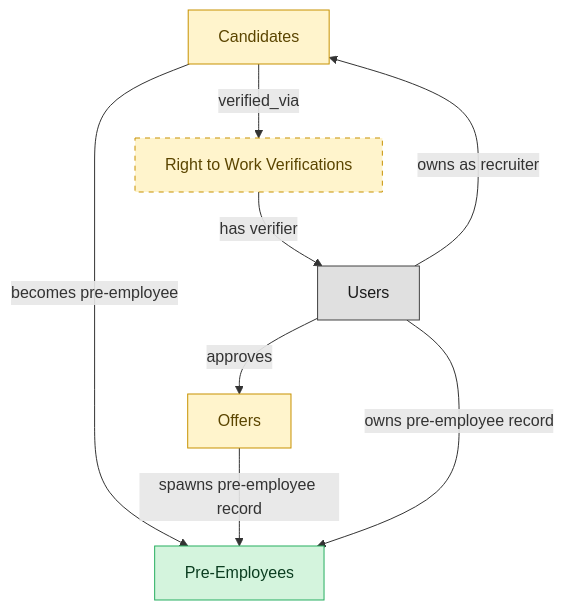
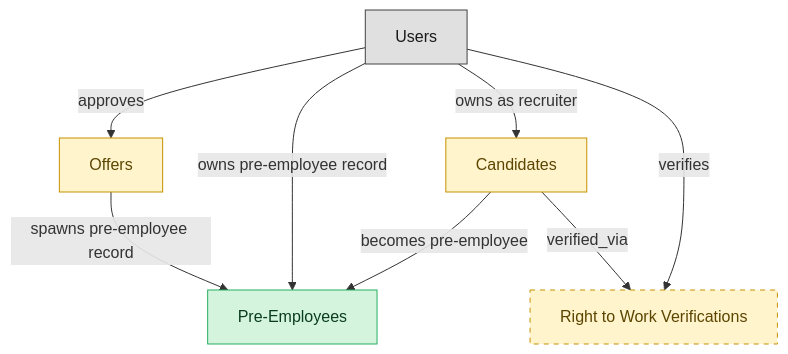
One commit to IntranetFactory/domain-map changed the diagram in catalog/blueprints/ats-pre-employee-record-semantic-blueprint.md. Above: the diagram before and after it, drawn with Mermaid. The commit also changed other lines of this file and 36 other files, not shown here.

````diff
--- a/catalog/blueprints/ats-pre-employee-record-semantic-blueprint.md
+++ b/catalog/blueprints/ats-pre-employee-record-semantic-blueprint.md
@@ -33,24 +33,24 @@
 ```mermaid
 flowchart TD
   classDef master fill:#d4f4dd,stroke:#27ae60,color:#0b3d20;
   classDef embedded_master fill:#fff4cc,stroke:#c79100,color:#5b4500;
   classDef platform_builtin fill:#e0e0e0,stroke:#424242,color:#1a1a1a;
   candidates["Candidates"]
   job_offers["Offers"]
   pre_employees["Pre-Employees"]
   right_to_work_verifications["Right to Work Verifications"]
   users["Users"]
   job_offers -->|"spawns pre-employee record"| pre_employees
   candidates -->|"becomes pre-employee"| pre_employees
   candidates -->|"verified_via"| right_to_work_verifications
   users -->|"approves"| job_offers
   users -->|"owns pre-employee record"| pre_employees
   users -->|"owns as recruiter"| candidates
-  right_to_work_verifications -->|"has verifier"| users
+  users -->|"verifies"| right_to_work_verifications
   class candidates embedded_master;
   class job_offers embedded_master;
   class pre_employees master;
   class right_to_work_verifications embedded_master;
   class users platform_builtin;
   style right_to_work_verifications stroke-dasharray:5 5;
 ```
````
